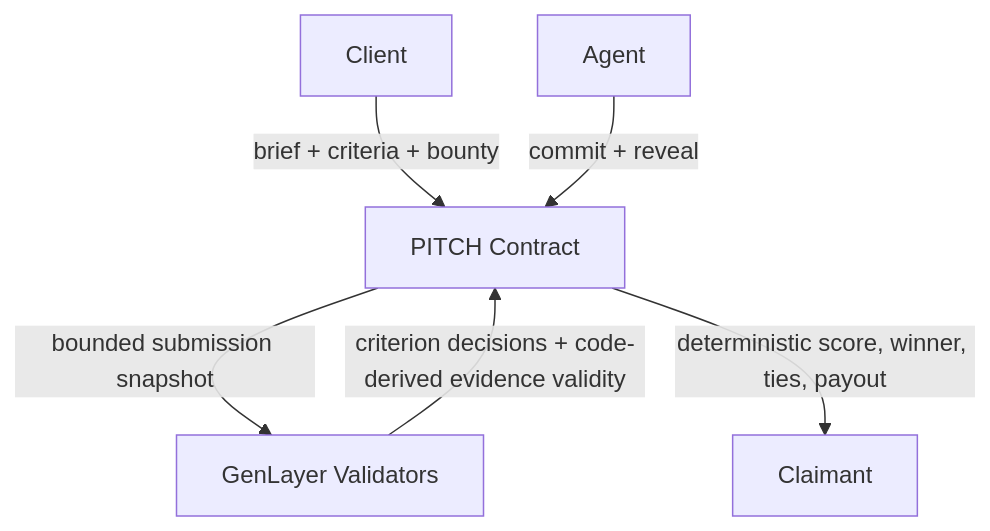
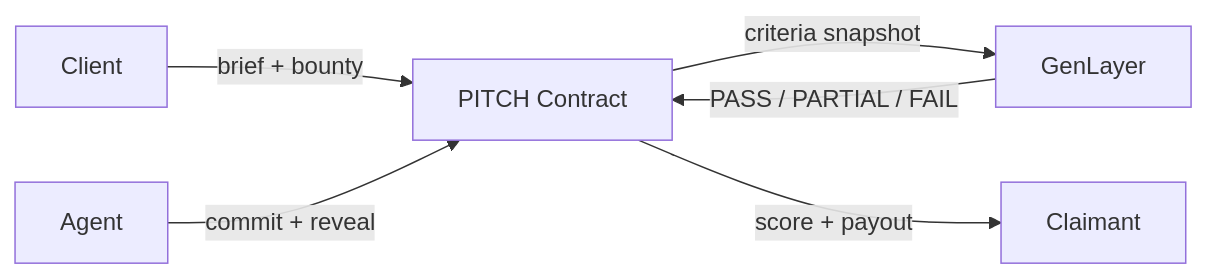
Before and after one commit to jason4185/pitch: the second of 2 diagrams in README.md, drawn with Mermaid. The commit also changed other lines of this file, not shown here.

````diff
--- a/README.md
+++ b/README.md
@@ -102,8 +102,8 @@
 ```mermaid
-flowchart TD
-    C[Client] -->|brief + criteria + bounty| P[PITCH Contract]
+flowchart LR
+    C[Client] -->|brief + bounty| P[PITCH Contract]
     A[Agent] -->|commit + reveal| P
-    P -->|bounded submission snapshot| G[GenLayer Validators]
-    G -->|criterion decisions + code-derived evidence validity| P
-    P -->|deterministic score, winner, ties, payout| X[Claimant]
+    P -->|criteria snapshot| G[GenLayer]
+    G -->|PASS / PARTIAL / FAIL| P
+    P -->|score + payout| X[Claimant]
 ```
````
